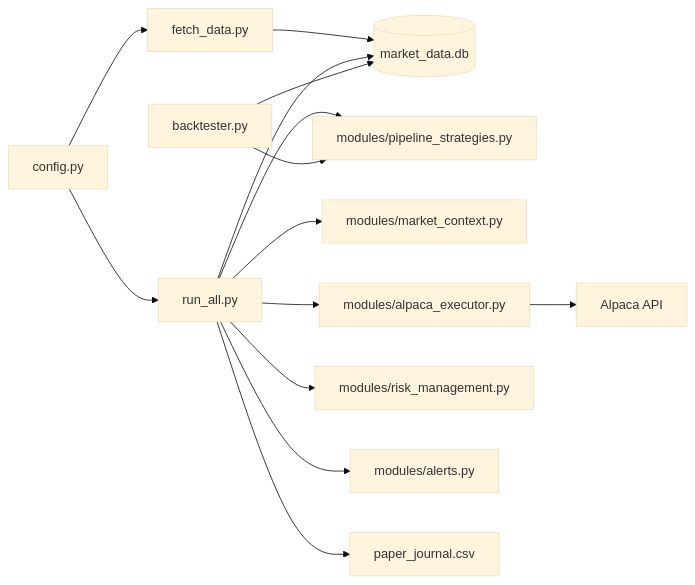
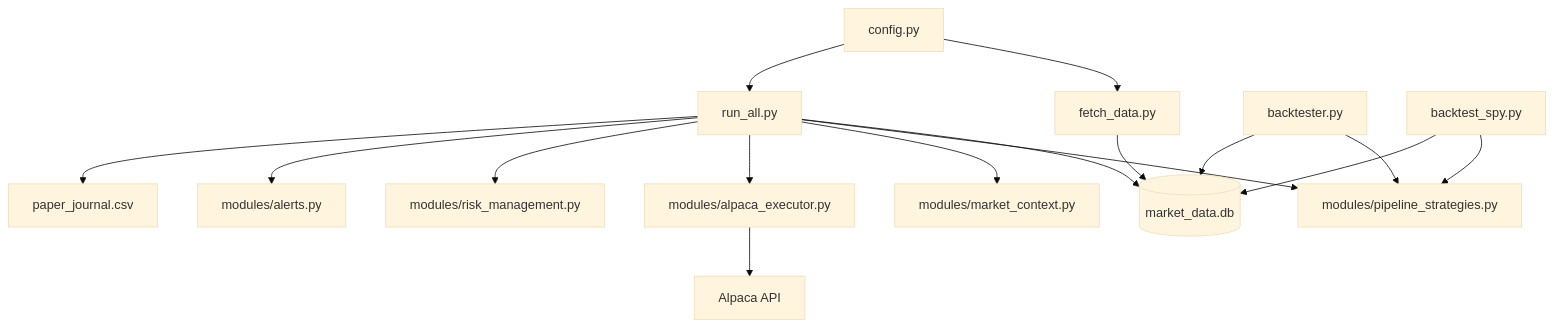
Before and after one commit to dawimberly/trading-bot: the diagram in README.md, drawn with Mermaid (base theme). The commit also changed other lines of this file and 33 other files, not shown here.

````diff
--- a/README.md
+++ b/README.md
@@ -7,16 +7,18 @@
 ```mermaid
-flowchart LR
+flowchart TB
   config[config.py] --> fetchData[fetch_data.py]
   config --> runAll[run_all.py]
   fetchData --> db[(market_data.db)]
   runAll --> db
   runAll --> strategies[modules/pipeline_strategies.py]
   runAll --> marketCtx[modules/market_context.py]
   runAll --> executor[modules/alpaca_executor.py]
   runAll --> risk[modules/risk_management.py]
   runAll --> alerts[modules/alerts.py]
   runAll --> journal[paper_journal.csv]
   backtester[backtester.py] --> strategies
+  backtestSpy[backtest_spy.py] --> strategies
   backtester --> db
+  backtestSpy --> db
   executor --> alpaca[Alpaca API]
 ```
````
